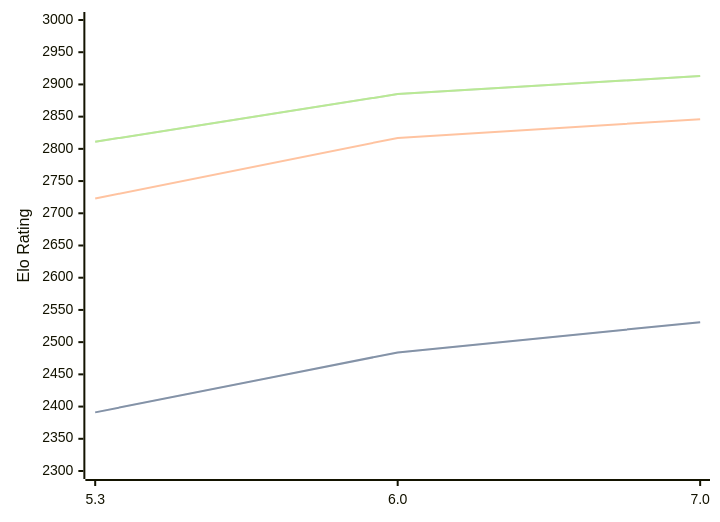
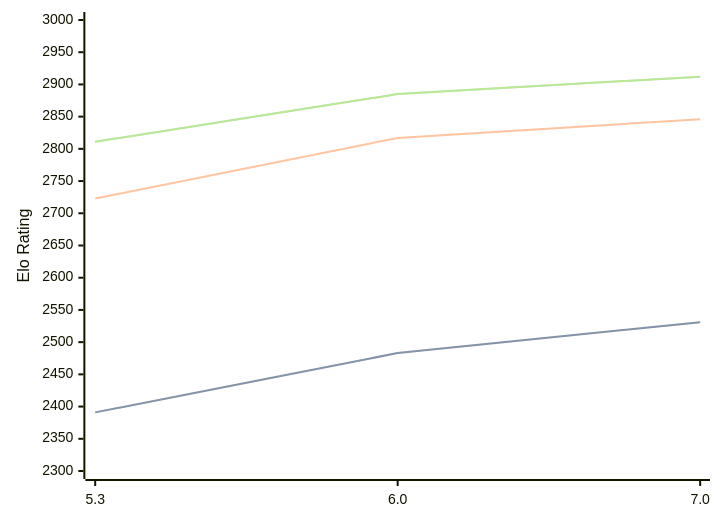
One commit to computer-chess-index/cci changed the diagram in engines/tomitankChess.md. Above: the diagram before and after it, drawn with Mermaid. The commit also changed other lines of this file, not shown here.

Commit message:
Update CCI Ratings (ELO VLTC) - 2026-09-17

````diff
--- a/engines/tomitankChess.md
+++ b/engines/tomitankChess.md
@@ -33,11 +33,11 @@
 ```mermaid
 %%{init: {"theme":"base","themeVariables":{"seriesColors:['#a3a3a3','#222221','#faa371']}}}%%
 xychart-beta
   x-axis ["5.3", "6.0", "7.0"]
   y-axis "Elo Rating" 2300 --> 3000
-  line "" [2391, 2484, 2531]
-  line "STC (8.0+0.08s)" [2391, 2484, 2531]
+  line "" [2391, 2483, 2531]
+  line "STC (8.0+0.08s)" [2391, 2483, 2531]
   line "LTC (60.0+0.60s)" [2723, 2817, 2846]
-  line "" [2811, 2885, 2913]
-  line "VLTC (2m24s+1.12s)" [2811, 2885, 2913]
+  line "" [2811, 2885, 2912]
+  line "VLTC (2m24s+1.12s)" [2811, 2885, 2912]
 ```
````
